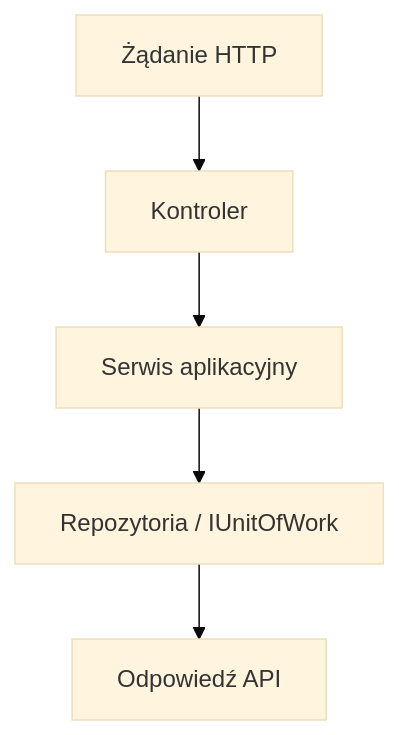
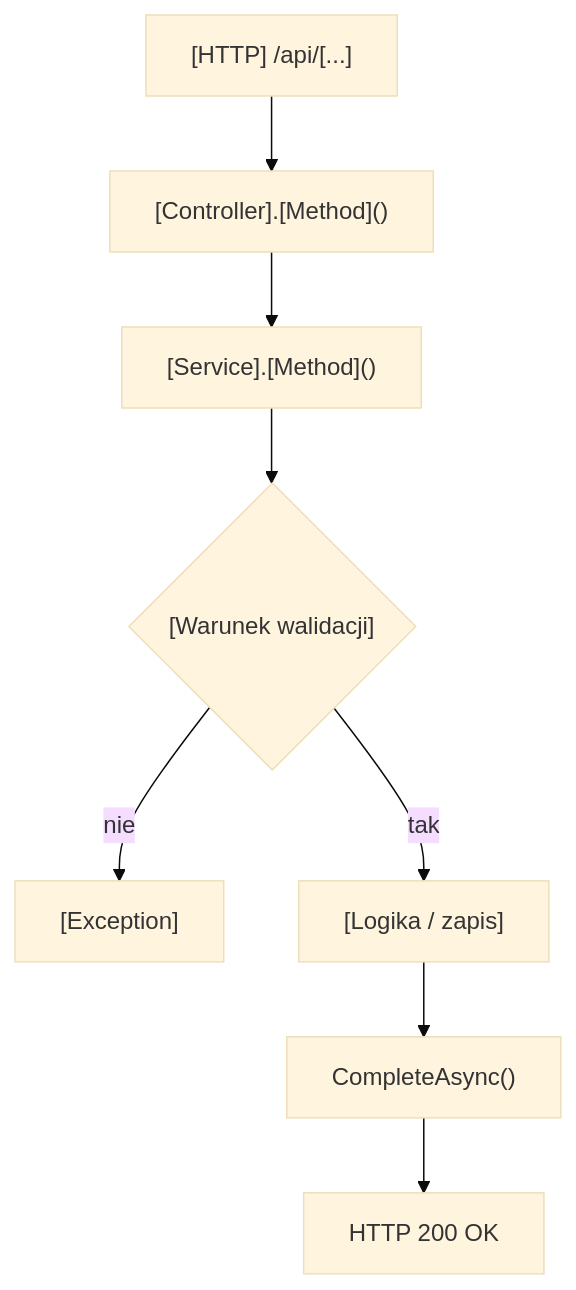
The diagram in InvoiceJet/InvoiceJetAPI/docs/aos/backend/templates/TEMPLATE_01_PRZEGLAD_PROCESU.md (zyqpp/InvoiceJet), drawn with Mermaid (base theme) before and after one commit. The commit also changed other lines of this file and 330 other files, not shown here.

````diff
--- a/InvoiceJet/InvoiceJetAPI/docs/aos/backend/templates/TEMPLATE_01_PRZEGLAD_PROCESU.md
+++ b/InvoiceJet/InvoiceJetAPI/docs/aos/backend/templates/TEMPLATE_01_PRZEGLAD_PROCESU.md
@@ -9,7 +25,10 @@
 ```mermaid
 flowchart TD
-  A["Żądanie HTTP"] --> B["Kontroler"]
-  B --> C["Serwis aplikacyjny"]
-  C --> D["Repozytoria / IUnitOfWork"]
-  D --> E["Odpowiedź API"]
+  A["[HTTP] /api/[...]"] --> B["[Controller].[Method]()"]
+  B --> C["[Service].[Method]()"]
+  C --> D{"[Warunek walidacji]"}
+  D -->|nie| E["[Exception]"]
+  D -->|tak| F["[Logika / zapis]"]
+  F --> G["CompleteAsync()"]
+  G --> H["HTTP 200 OK"]
 ```
````
